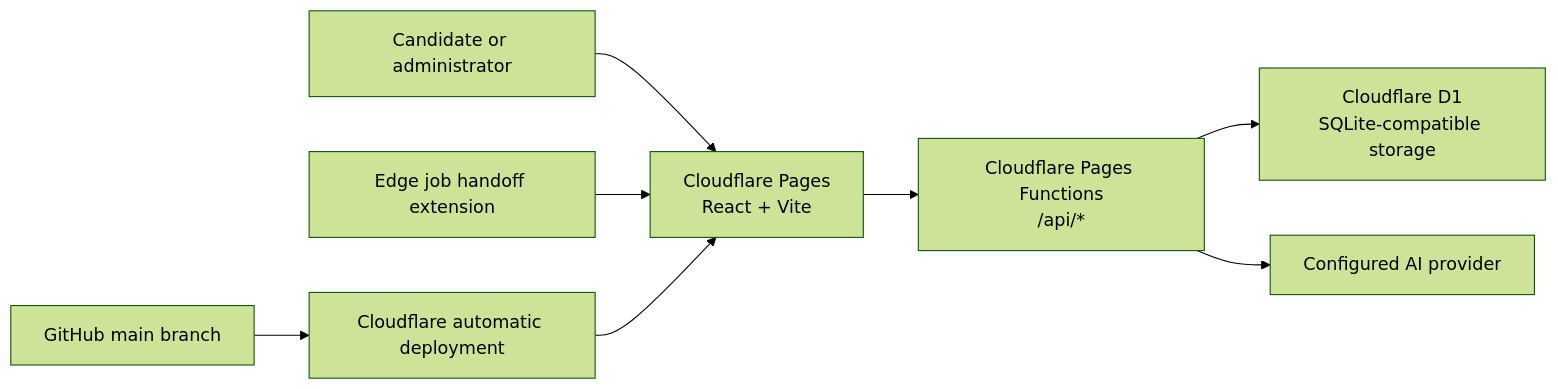
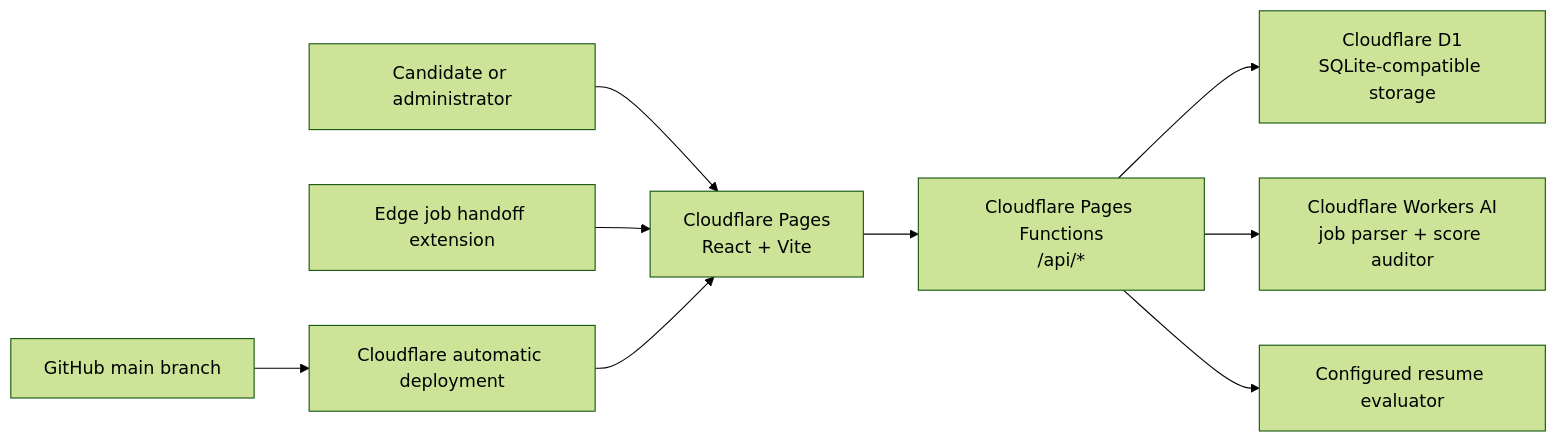
Before and after one commit to fokalview/fokalview-resume-analyzer: the first of 2 diagrams in docs/ARCHITECTURE.md, drawn with Mermaid (forest theme). The commit also changed other lines of this file and 14 other files, not shown here.

Commit message:
Add Cloudflare AI score auditing

````diff
--- a/docs/ARCHITECTURE.md
+++ b/docs/ARCHITECTURE.md
@@ -13,10 +13,11 @@
 ```mermaid
 flowchart LR
   User["Candidate or administrator"] --> Pages["Cloudflare Pages\nReact + Vite"]
   Pages --> Functions["Cloudflare Pages Functions\n/api/*"]
   Functions --> D1["Cloudflare D1\nSQLite-compatible storage"]
-  Functions --> AI["Configured AI provider"]
+  Functions --> CFAI["Cloudflare Workers AI\njob parser + score auditor"]
+  Functions --> AI["Configured resume evaluator"]
   Extension["Edge job handoff extension"] --> Pages
   GitHub["GitHub main branch"] --> Deploy["Cloudflare automatic deployment"]
   Deploy --> Pages
 ```
````
